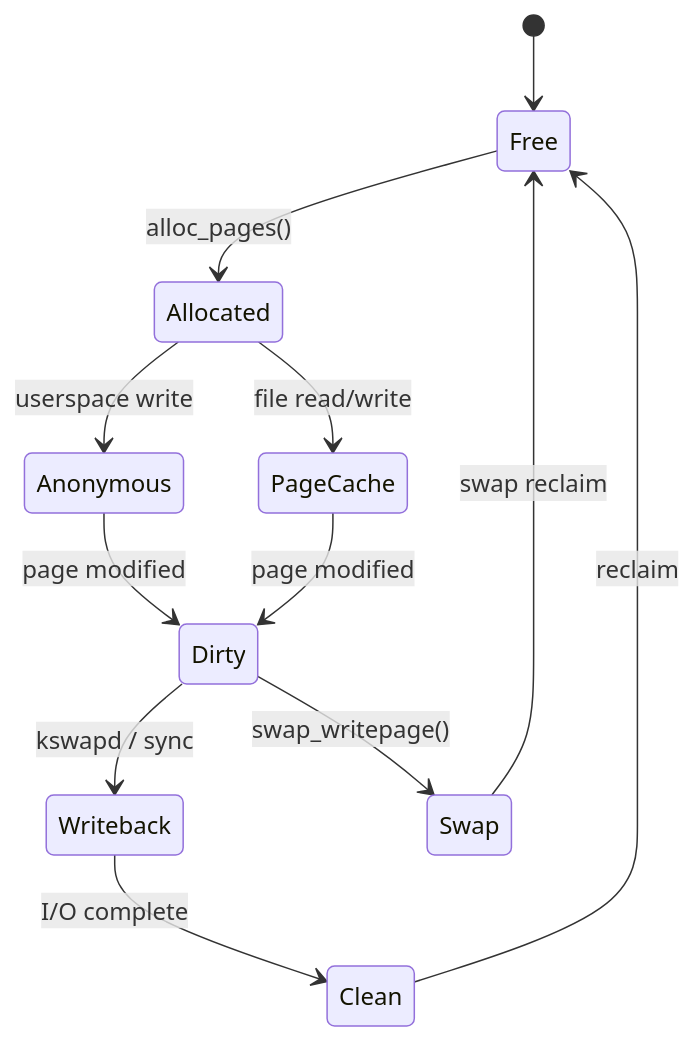
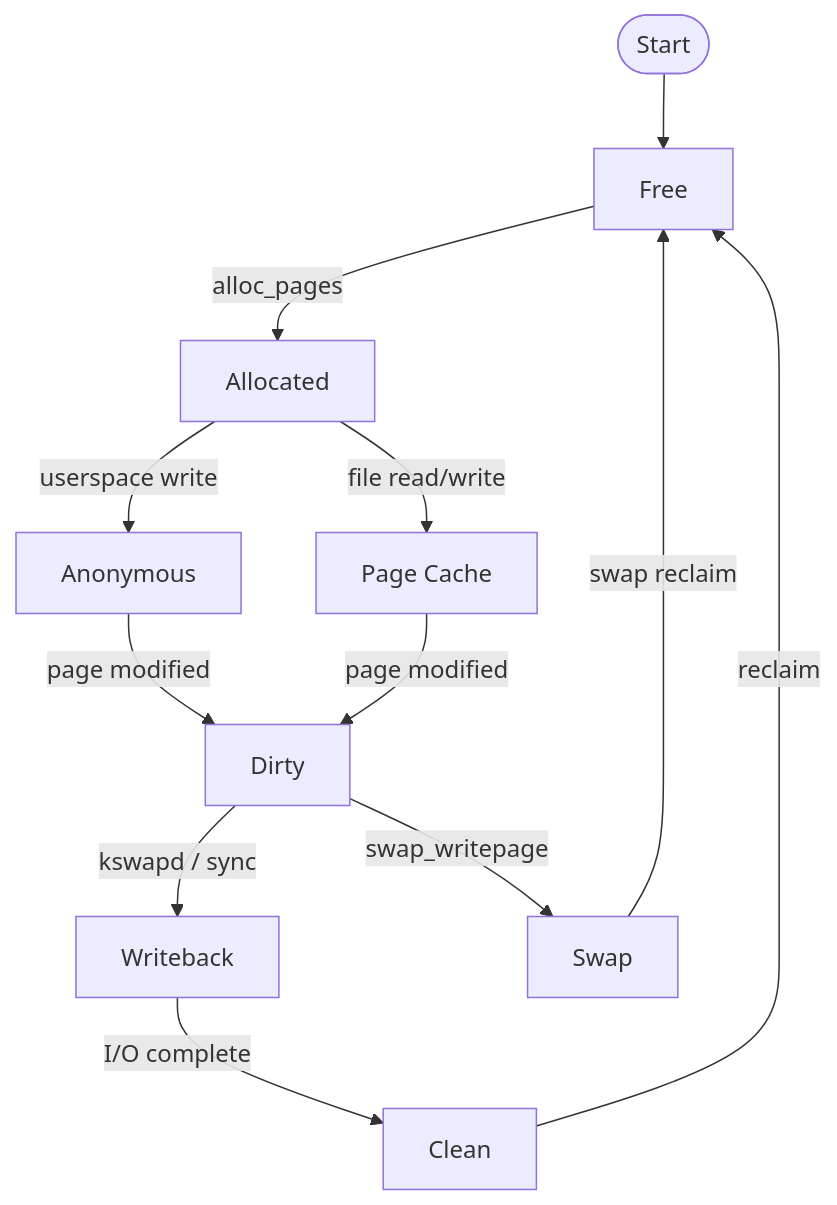
The first of 3 diagrams in topics/computing/infrastructure/linux_kernel/lesson_03_deep_dive_and_concurrency.md (blebleblee/synapse), drawn with Mermaid before and after one commit. The commit also changed 1464 other files, not shown here.

Commit message:
feat(release): curriculum vector mermaid upgrade, render hardening, and master synpack

````diff
--- a/topics/computing/infrastructure/linux_kernel/lesson_03_deep_dive_and_concurrency.md
+++ b/topics/computing/infrastructure/linux_kernel/lesson_03_deep_dive_and_concurrency.md
@@ -135,14 +135,14 @@
 ```mermaid
-stateDiagram-v2
-    [*] --> Free
-    Free --> Allocated: alloc_pages()
-    Allocated --> Anonymous: userspace write
-    Allocated --> PageCache: file read/write
-    Anonymous --> Dirty: page modified
-    PageCache --> Dirty: page modified
-    Dirty --> Writeback: kswapd / sync
-    Writeback --> Clean: I/O complete
-    Clean --> Free: reclaim
-    Dirty --> Swap: swap_writepage()
-    Swap --> Free: swap reclaim
+flowchart TD
+    Start([Start]) --> Free["Free"]
+    Free -->|alloc_pages| Allocated["Allocated"]
+    Allocated -->|"userspace write"| Anonymous["Anonymous"]
+    Allocated -->|"file read/write"| PageCache["Page Cache"]
+    Anonymous -->|"page modified"| Dirty["Dirty"]
+    PageCache -->|"page modified"| Dirty
+    Dirty -->|"kswapd / sync"| Writeback["Writeback"]
+    Writeback -->|"I/O complete"| Clean["Clean"]
+    Clean -->|reclaim| Free
+    Dirty -->|swap_writepage| Swap["Swap"]
+    Swap -->|"swap reclaim"| Free
 ```
````
